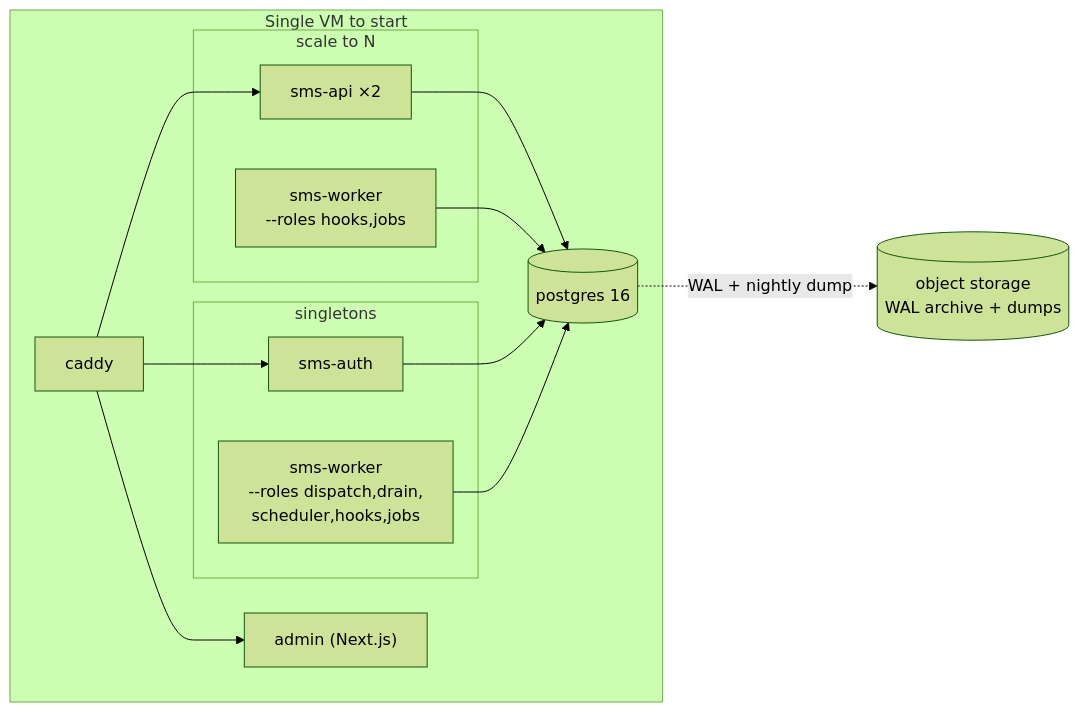
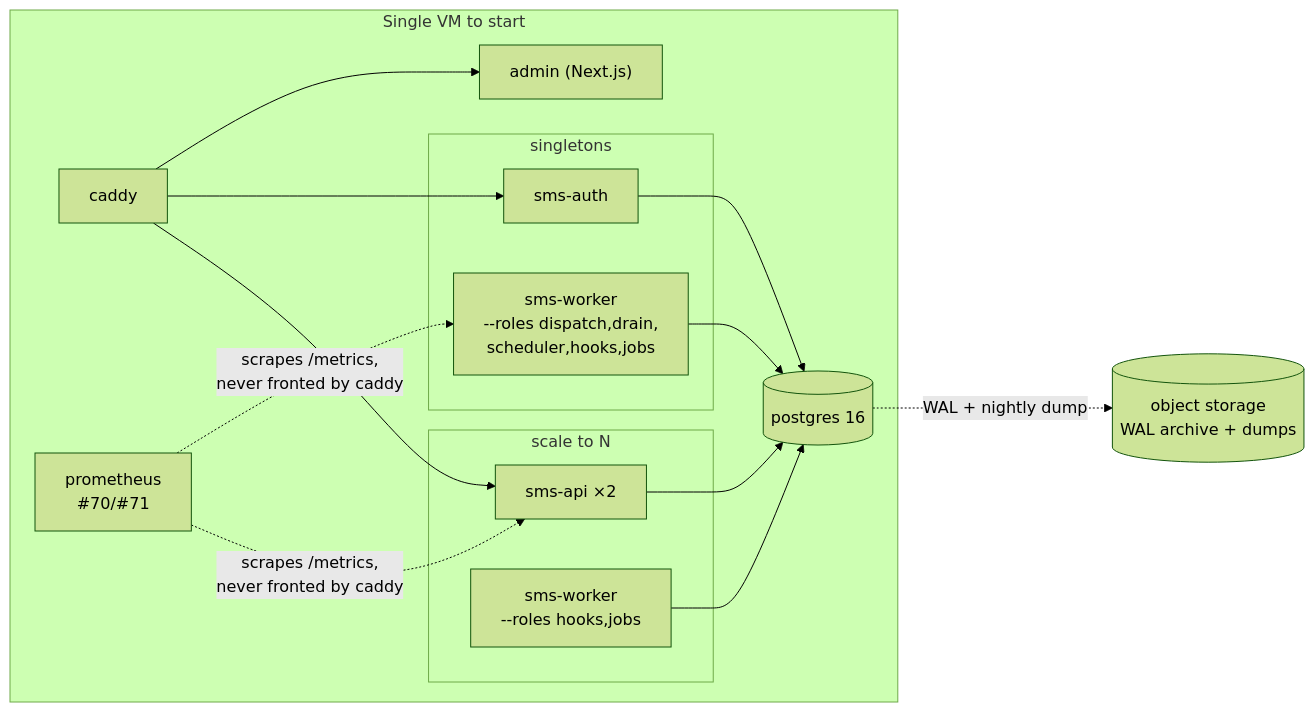
The eighth of 8 diagrams in docs/architecture.md (vaam-apps/vsms), drawn with Mermaid (forest theme) before and after one commit. The commit also changed other lines of this file and 34 other files, not shown here.

First line of the commit message:
Add Prometheus metrics and alerting for the states that are silent by default (#70, #71)

````diff
--- a/docs/architecture.md
+++ b/docs/architecture.md
@@ -2412,26 +2416,29 @@
 ```mermaid
 flowchart LR
     subgraph vm["Single VM to start"]
         CADDY["caddy"]
         subgraph scale["scale to N"]
             API1["sms-api ×2"]
             HOOKS["sms-worker<br/>--roles hooks,jobs"]
         end
         subgraph single["singletons"]
             AUTHN["sms-auth"]
             W1["sms-worker<br/>--roles dispatch,drain,<br/>scheduler,hooks,jobs"]
         end
         ADMINN["admin (Next.js)"]
         PGN[("postgres 16")]
+        PROM["prometheus<br/>#70/#71"]
     end
     S3[("object storage<br/>WAL archive + dumps")]
 
     CADDY --> API1
     CADDY --> AUTHN
     CADDY --> ADMINN
     API1 --> PGN
     AUTHN --> PGN
     W1 --> PGN
     HOOKS --> PGN
     PGN -.->|"WAL + nightly dump"| S3
+    PROM -.->|"scrapes /metrics,<br/>never fronted by caddy"| API1
+    PROM -.->|"scrapes /metrics,<br/>never fronted by caddy"| W1
 ```
````
